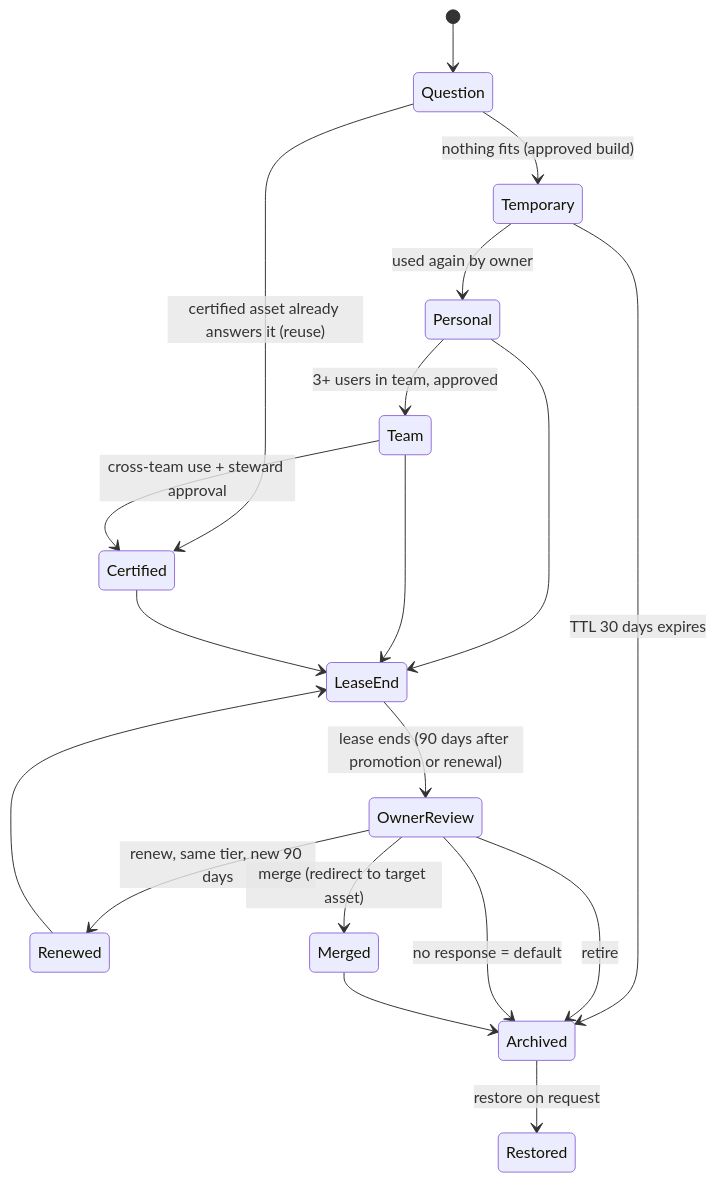
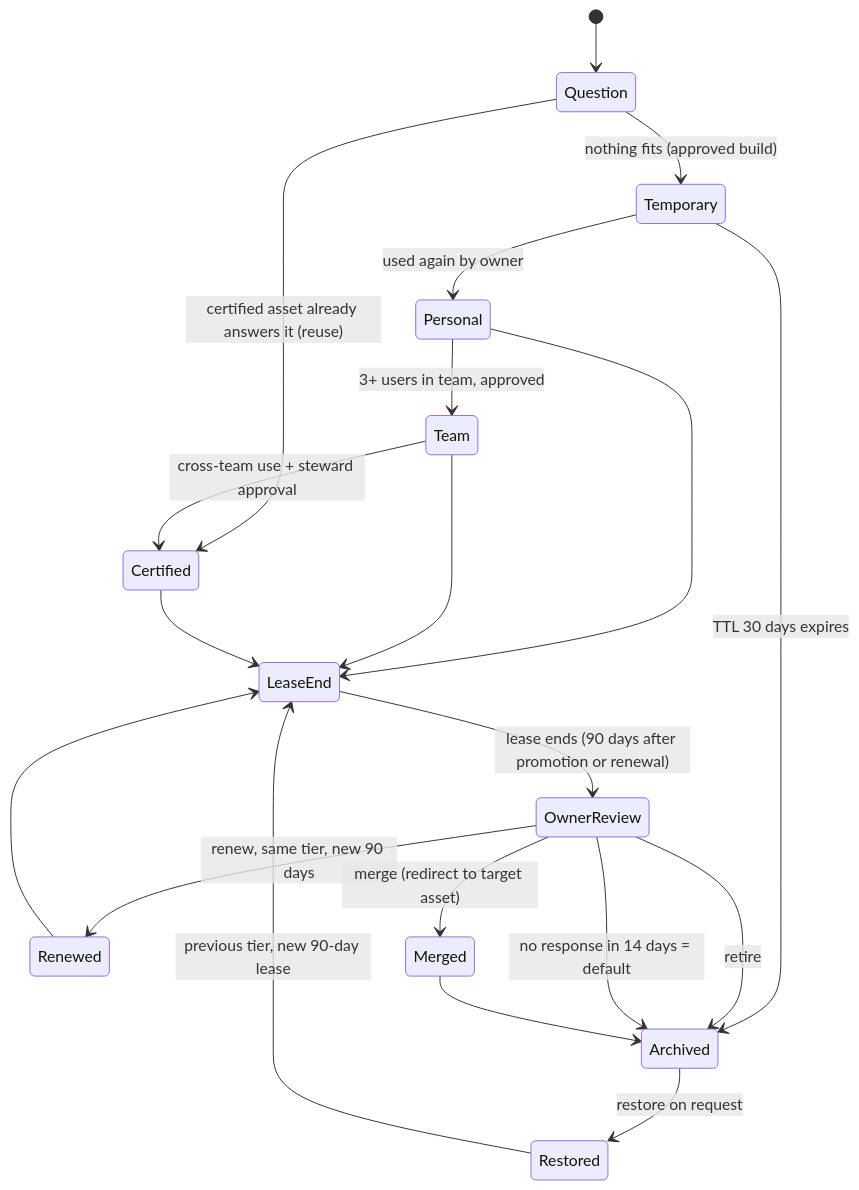
Before and after one commit to KayTee1/sinceai: the diagram in docs/SCOPE.md, drawn with Mermaid. The commit also changed other lines of this file and 5 other files, not shown here.

````diff
--- a/docs/SCOPE.md
+++ b/docs/SCOPE.md
@@ -29,21 +30,22 @@
 ```mermaid
 stateDiagram-v2
   [*] --> Question
   Question --> Certified: certified asset already answers it (reuse)
   Question --> Temporary: nothing fits (approved build)
   Temporary --> Personal: used again by owner
   Temporary --> Archived: TTL 30 days expires
   Personal --> Team: 3+ users in team, approved
   Team --> Certified: cross-team use + steward approval
   Personal --> LeaseEnd
   Team --> LeaseEnd
   Certified --> LeaseEnd
   LeaseEnd --> OwnerReview: lease ends (90 days after promotion or renewal)
   OwnerReview --> Renewed: renew, same tier, new 90 days
   Renewed --> LeaseEnd
   OwnerReview --> Merged: merge (redirect to target asset)
   OwnerReview --> Archived: retire
-  OwnerReview --> Archived: no response = default
+  OwnerReview --> Archived: no response in 14 days = default
   Merged --> Archived
   Archived --> Restored: restore on request
+  Restored --> LeaseEnd: previous tier, new 90-day lease
 ```
````
